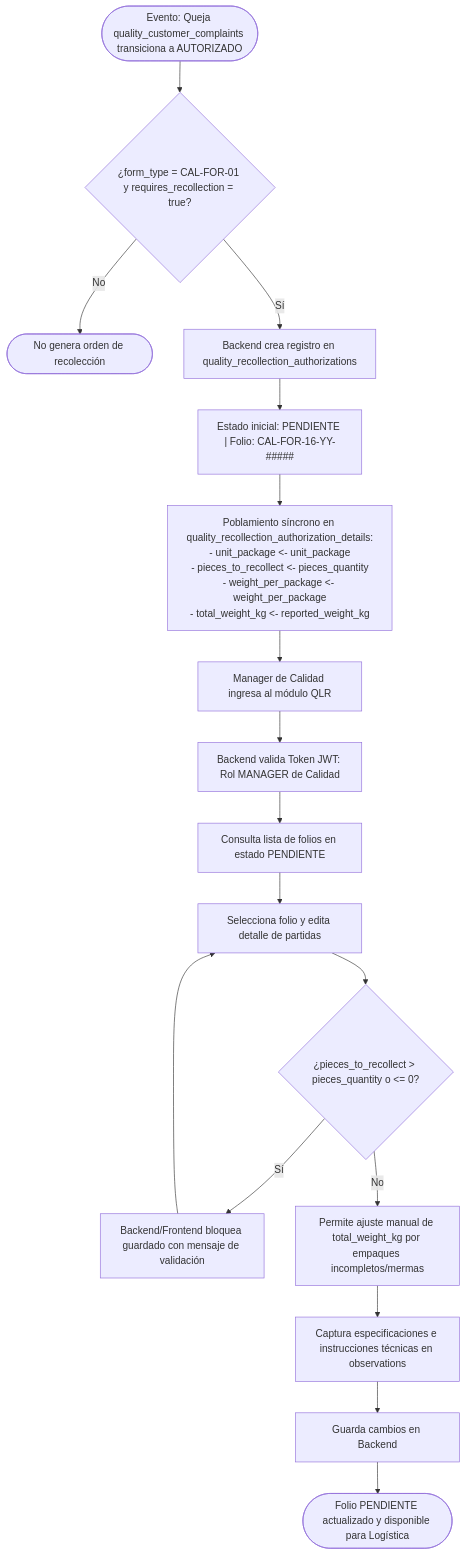
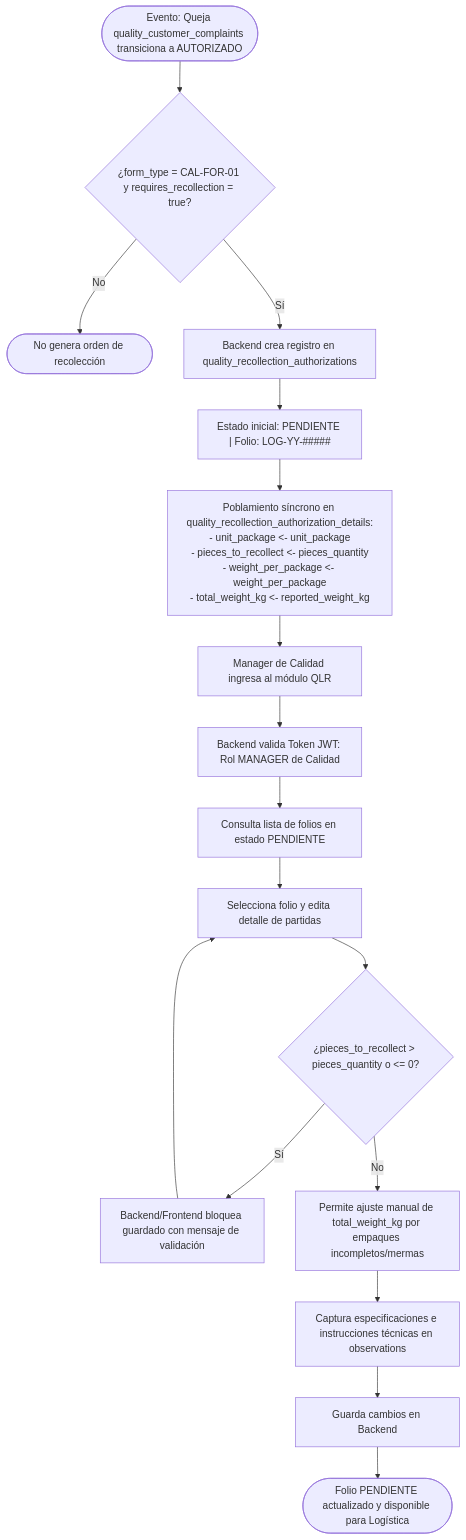
One commit to Automatizacion-KPC/KoonolApp changed the second of 4 diagrams in docs/modules/product_recollection.md. Above: the diagram before and after it, drawn with Mermaid. The commit also changed other lines of this file and 1 other file, not shown here.

Commit message:
docs(global/docs): actualizar folio del documento CAL-FOR-16 a LOG-YY-##### [chore]

````diff
--- a/docs/modules/product_recollection.md
+++ b/docs/modules/product_recollection.md
@@ -172,22 +172,22 @@
 ```mermaid
 graph TD
     A([Evento: Queja quality_customer_complaints transiciona a AUTORIZADO]) --> B{¿form_type = CAL-FOR-01 y requires_recollection = true?}
     B -- No --> C([No genera orden de recolección])
     B -- Sí --> D[Backend crea registro en quality_recollection_authorizations]
-    D --> E["Estado inicial: PENDIENTE | Folio: CAL-FOR-16-YY-#####"]
+    D --> E["Estado inicial: PENDIENTE | Folio: LOG-YY-#####"]
     E --> F["Poblamiento síncrono en quality_recollection_authorization_details:<br/>- unit_package <- unit_package<br/>- pieces_to_recollect <- pieces_quantity<br/>- weight_per_package <- weight_per_package<br/>- total_weight_kg <- reported_weight_kg"]
 
     F --> G[Manager de Calidad ingresa al módulo QLR]
     G --> H[Backend valida Token JWT: Rol MANAGER de Calidad]
     H --> I[Consulta lista de folios en estado PENDIENTE]
     I --> J[Selecciona folio y edita detalle de partidas]
 
     J --> K{¿pieces_to_recollect > pieces_quantity o <= 0?}
     K -- Sí --> L[Backend/Frontend bloquea guardado con mensaje de validación]
     L --> J
     K -- No --> M[Permite ajuste manual de total_weight_kg por empaques incompletos/mermas]
 
     M --> N[Captura especificaciones e instrucciones técnicas en observations]
     N --> O[Guarda cambios en Backend]
     O --> P([Folio PENDIENTE actualizado y disponible para Logística])
 ```
````
